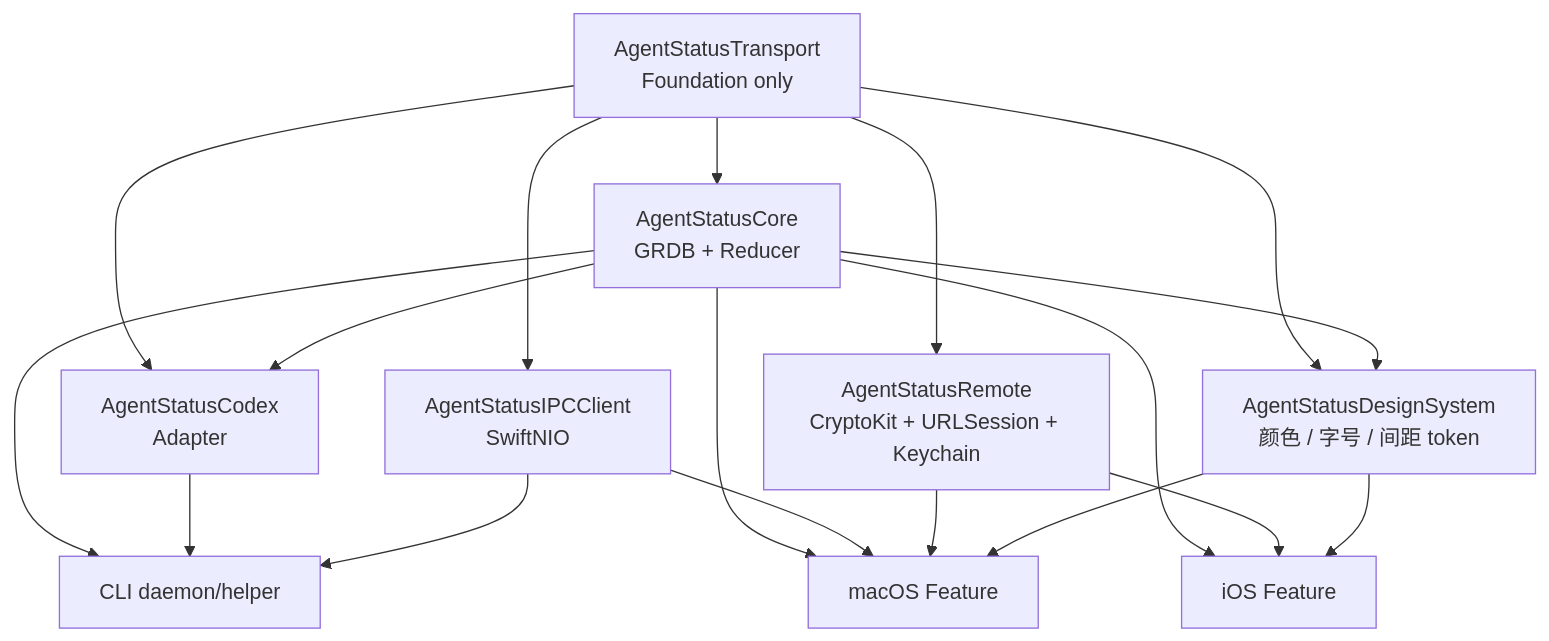
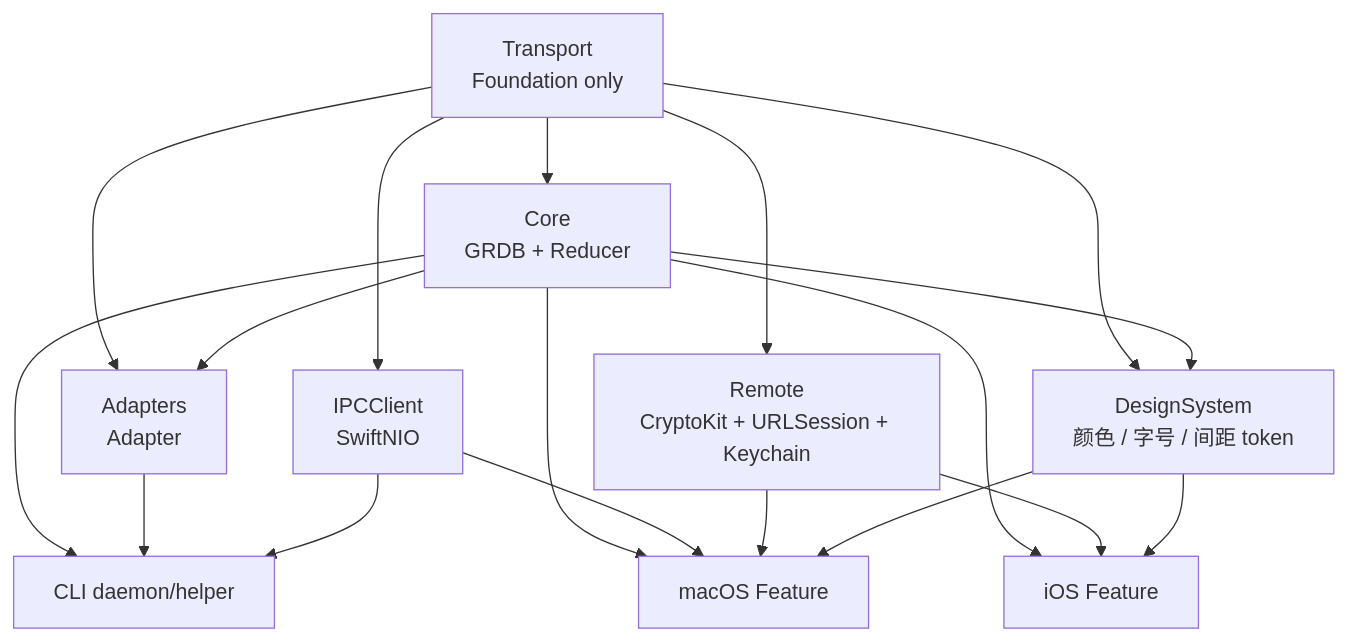
One commit to AFutureD/Lumi changed the second of 2 diagrams in docs/design/system-architecture.md. Above: the diagram before and after it, drawn with Mermaid. The commit also changed other lines of this file and 25 other files, not shown here.

First line of the commit message:
Sweep the remaining AgentStatus wording out of docs, READMEs, design archive and editor config

````diff
--- a/docs/design/system-architecture.md
+++ b/docs/design/system-architecture.md
@@ -106,30 +106,30 @@
 ```mermaid
 flowchart TD
-    Transport["AgentStatusTransport<br/>Foundation only"]
-    Core["AgentStatusCore<br/>GRDB + Reducer"]
-    Codex["AgentStatusCodex<br/>Adapter"]
-    IPC["AgentStatusIPCClient<br/>SwiftNIO"]
-    Remote["AgentStatusRemote<br/>CryptoKit + URLSession + Keychain"]
-    Design["AgentStatusDesignSystem<br/>颜色 / 字号 / 间距 token"]
+    Transport["Transport<br/>Foundation only"]
+    Core["Core<br/>GRDB + Reducer"]
+    Codex["Adapters<br/>Adapter"]
+    IPC["IPCClient<br/>SwiftNIO"]
+    Remote["Remote<br/>CryptoKit + URLSession + Keychain"]
+    Design["DesignSystem<br/>颜色 / 字号 / 间距 token"]
     CLI["CLI daemon/helper"]
     Mac["macOS Feature"]
     IOS["iOS Feature"]
 
     Transport --> Core
     Transport --> Codex
     Transport --> IPC
     Transport --> Remote
     Core --> Codex
     Core --> CLI
     Codex --> CLI
     IPC --> CLI
     Transport --> Design
     Core --> Design
     Core --> Mac
     IPC --> Mac
     Remote --> Mac
     Design --> Mac
     Core --> IOS
     Remote --> IOS
     Design --> IOS
 ```
````
